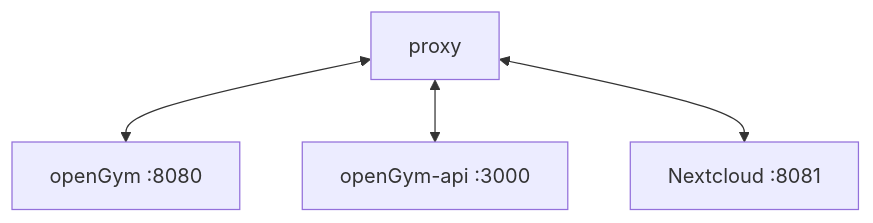
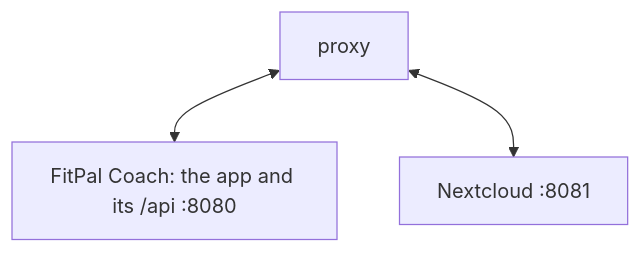
The second of 2 diagrams in docs/SELF_HOSTING_HTTPS.md (r0b0t007/fitpalpersonalcoach), drawn with Mermaid before and after one commit. The commit also changed 6 other files, not shown here.

````diff
--- a/docs/SELF_HOSTING_HTTPS.md
+++ b/docs/SELF_HOSTING_HTTPS.md
@@ -59,7 +59,6 @@
 ```mermaid
 graph TD
     A[proxy]
-    A <-->B[openGym :8080]
-    A <-->C[openGym-api :3000]
+    A <-->B[FitPal Coach: the app and its /api :8080]
     A <-->D[Nextcloud :8081]
 ```
````
